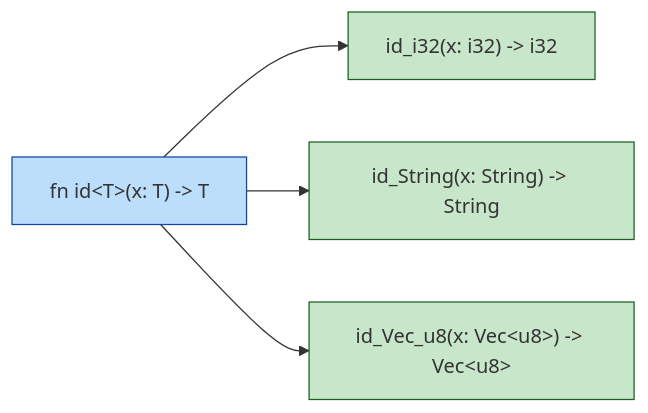
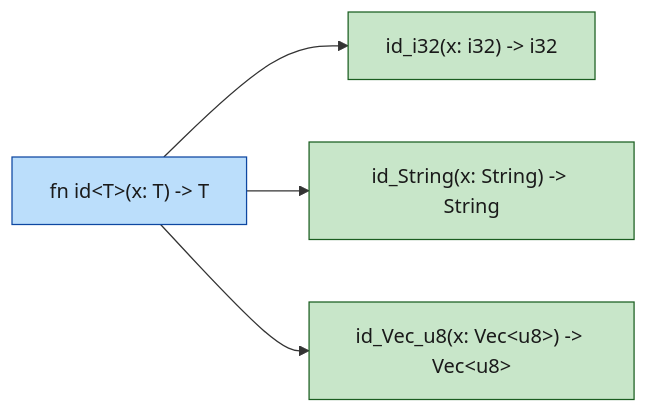
One commit to Felipeness/ferro-e-espirito changed the diagram in book/part-08-generics-and-traits/ch22-generics.md. Above: the diagram before and after it, drawn with Mermaid. The commit also changed 56 other files, not shown here.

First line of the commit message:
fix: contraste de texto em diagramas mermaid

````diff
--- a/book/part-08-generics-and-traits/ch22-generics.md
+++ b/book/part-08-generics-and-traits/ch22-generics.md
@@ -38,12 +38,12 @@
 ```mermaid
 graph LR
     Src["fn id&lt;T&gt;(x: T) -&gt; T"]
     Src --> i32["id_i32(x: i32) -&gt; i32"]
     Src --> str["id_String(x: String) -&gt; String"]
     Src --> vec["id_Vec_u8(x: Vec&lt;u8&gt;) -&gt; Vec&lt;u8&gt;"]
 
-    style Src fill:#bbdefb,stroke:#0d47a1
-    style i32 fill:#c8e6c9,stroke:#1b5e20
-    style str fill:#c8e6c9,stroke:#1b5e20
-    style vec fill:#c8e6c9,stroke:#1b5e20
+    style Src fill:#bbdefb,stroke:#0d47a1,color:#1a1a1a
+    style i32 fill:#c8e6c9,stroke:#1b5e20,color:#1a1a1a
+    style str fill:#c8e6c9,stroke:#1b5e20,color:#1a1a1a
+    style vec fill:#c8e6c9,stroke:#1b5e20,color:#1a1a1a
 ```
````
